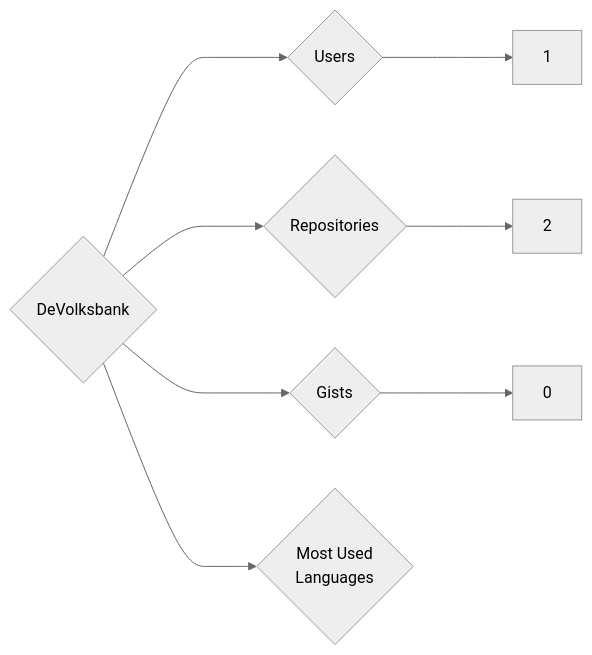
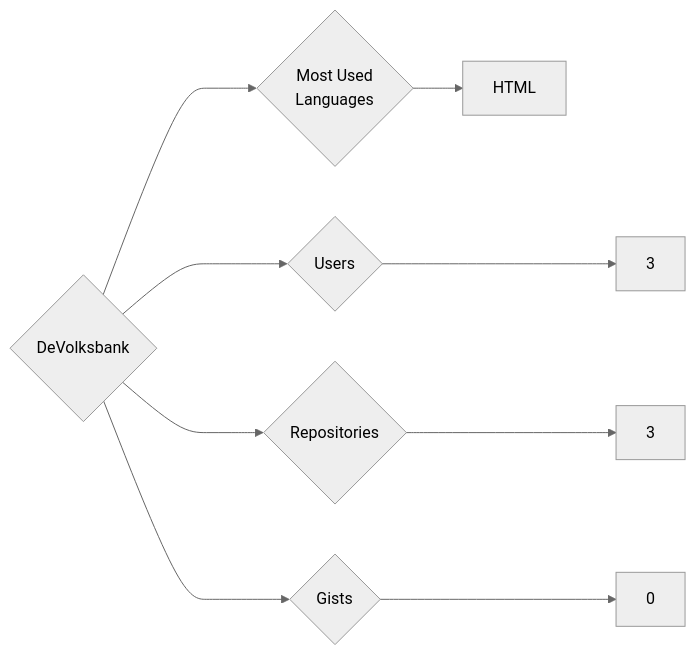
The diagram in targets/DeVolksbank/README.md (trickest/insiders), drawn with Mermaid (neutral theme) before and after one commit. The commit also changed 1170 other files, not shown here.

````diff
--- a/targets/DeVolksbank/README.md
+++ b/targets/DeVolksbank/README.md
@@ -3,8 +3,9 @@
 ```mermaid
 graph LR
 COMPANY_NAME{DeVolksbank}
-COMPANY_NAME ---> U{Users} ---> UN[1]
-COMPANY_NAME ---> R{Repositories} ---> RN[2]
+COMPANY_NAME ---> U{Users} ---> UN[3]
+COMPANY_NAME ---> R{Repositories} ---> RN[3]
 COMPANY_NAME ---> G{Gists} ---> GN[0]
 COMPANY_NAME ---> ML{Most Used<br>Languages}
+ML --> HTML[HTML]
 ```
````
